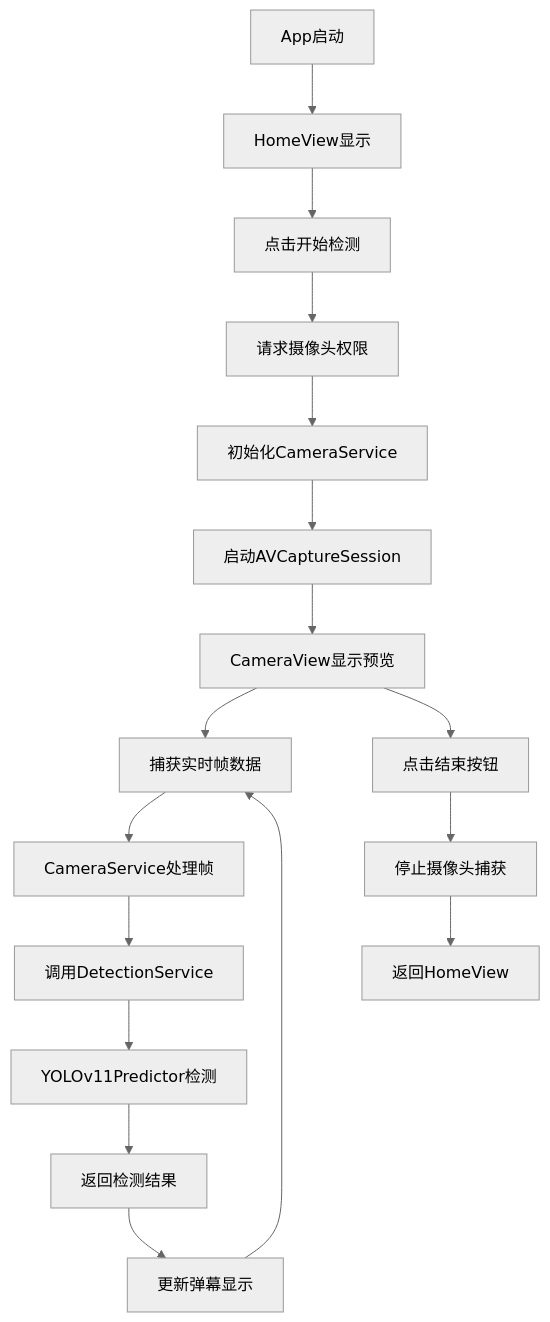
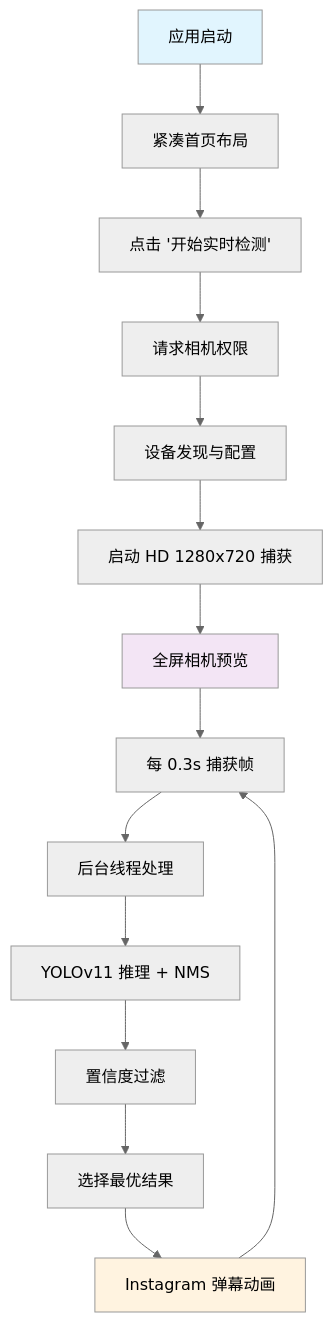
Before and after one commit to chenyuqing/yolo11-ios: the diagram in README.md, drawn with Mermaid (neutral theme). The commit also changed other lines of this file, not shown here.

````diff
--- a/README.md
+++ b/README.md
@@ -107,19 +95,20 @@
 ```mermaid
 graph TD
-    A[App启动] --> B[HomeView显示]
-    B --> C[点击开始检测]
-    C --> D[请求摄像头权限]
-    D --> E[初始化CameraService]
-    E --> F[启动AVCaptureSession]
-    F --> G[CameraView显示预览]
-    G --> H[捕获实时帧数据]
-    H --> I[CameraService处理帧]
-    I --> J[调用DetectionService]
-    J --> K[YOLOv11Predictor检测]
-    K --> L[返回检测结果]
-    L --> M[更新弹幕显示]
+    A[应用启动] --> B[紧凑首页布局]
+    B --> C[点击 '开始实时检测']
+    C --> D[请求相机权限]
+    D --> E[设备发现与配置]
+    E --> F[启动 HD 1280x720 捕获]
+    F --> G[全屏相机预览]
+    G --> H[每 0.3s 捕获帧]
+    H --> I[后台线程处理]
+    I --> J[YOLOv11 推理 + NMS]
+    J --> K[置信度过滤]
+    K --> L[选择最优结果]
+    L --> M[Instagram 弹幕动画]
     M --> H
-    G --> N[点击结束按钮]
-    N --> O[停止摄像头捕获]
-    O --> P[返回HomeView]
+    
+    style A fill:#e1f5fe
+    style G fill:#f3e5f5
+    style M fill:#fff3e0
 ```
````
